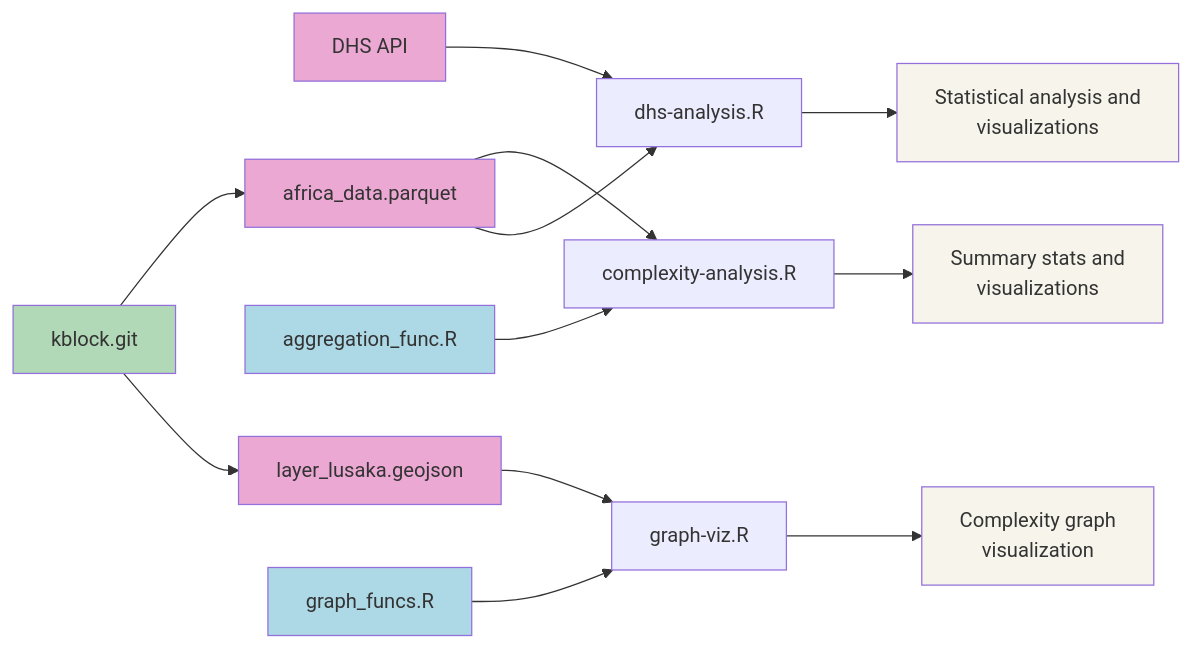
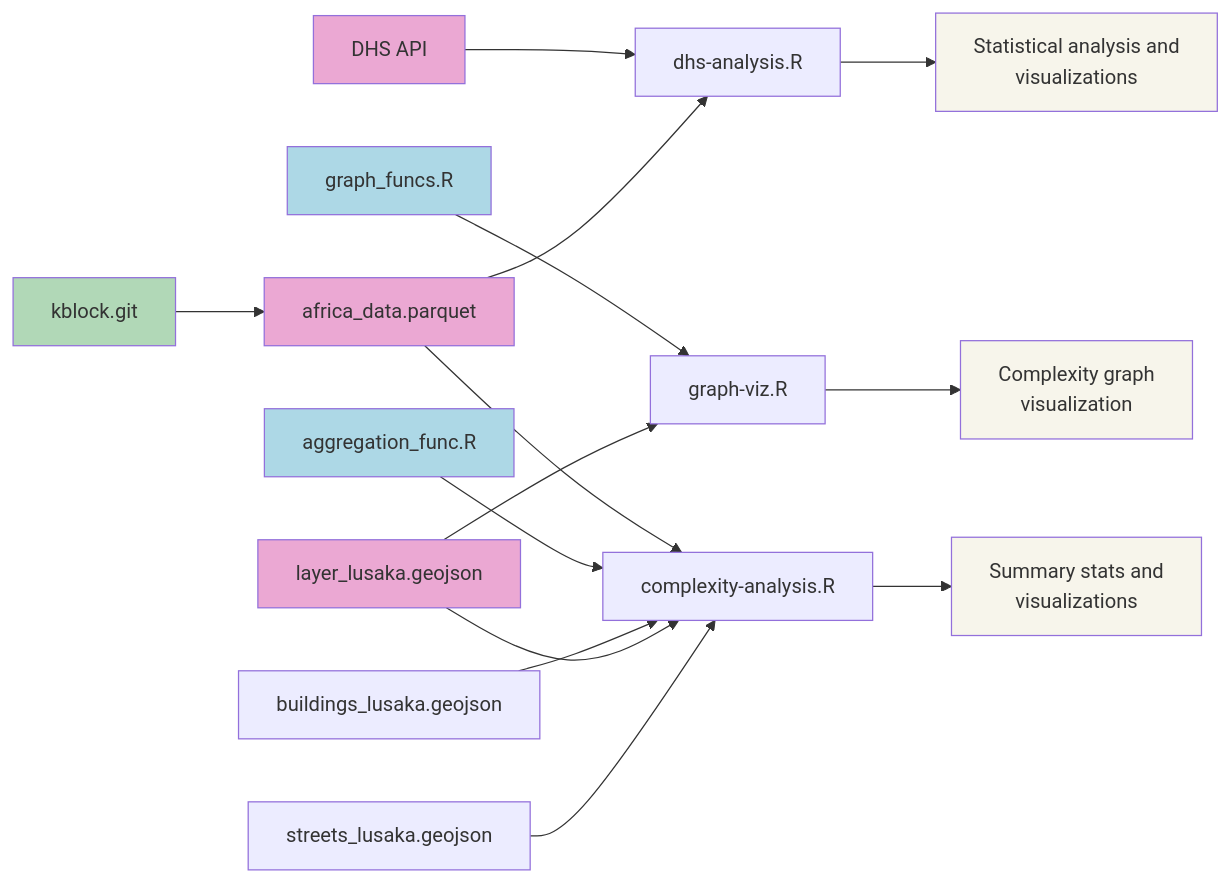
One commit to mansueto-institute/kblock-analysis changed the diagram in ReadMe.md. Above: the diagram before and after it, drawn with Mermaid.

````diff
--- a/ReadMe.md
+++ b/ReadMe.md
@@ -22,28 +22,32 @@
 ```mermaid
 graph LR
 G[DHS API] --> C
 A[africa_data.parquet] --> B[complexity-analysis.R]
 E[aggregation_func.R] --> B
 A --> C[dhs-analysis.R]
 B --> Z[Summary stats and<br>visualizations]
 C --> X[Statistical analysis and<br>visualizations]
 Q[kblock.git] --> A
-Q[kblock.git] --> J
 
 F[graph_funcs.R] --> D[graph-viz.R]
 J[layer_lusaka.geojson] --> D
+
+K[buildings_lusaka.geojson] --> B
+J[layer_lusaka.geojson] --> B
+L[streets_lusaka.geojson] --> B
+
 D --> Y[Complexity graph<br>visualization]
 
 style A fill:#eba8d3
 style G fill:#eba8d3
 style J fill:#eba8d3
 
 style Z fill: #f7f5eb
 style X fill: #f7f5eb
 style Y fill: #f7f5eb
 
 style F fill: #ADD8E6
 style E fill: #ADD8E6
 
 style Q fill: #b1d8b7
 ```
````
